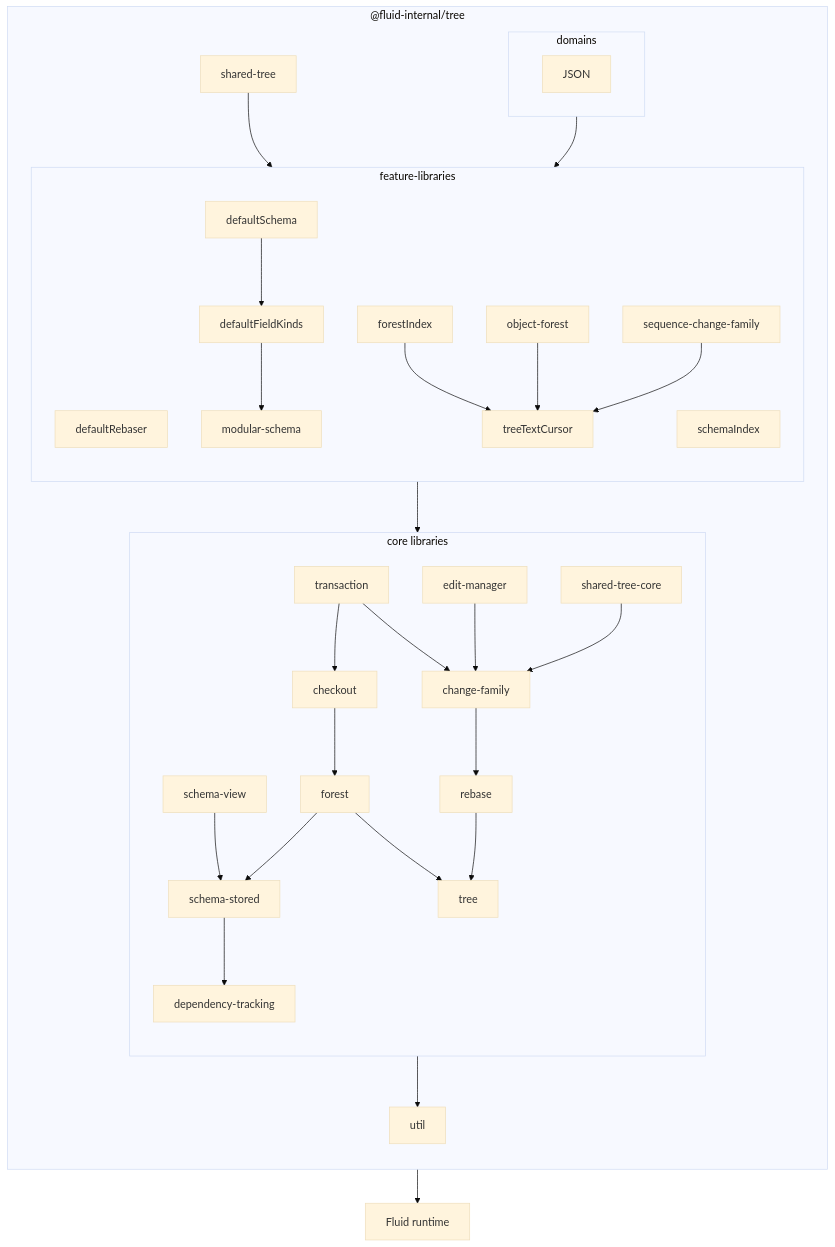
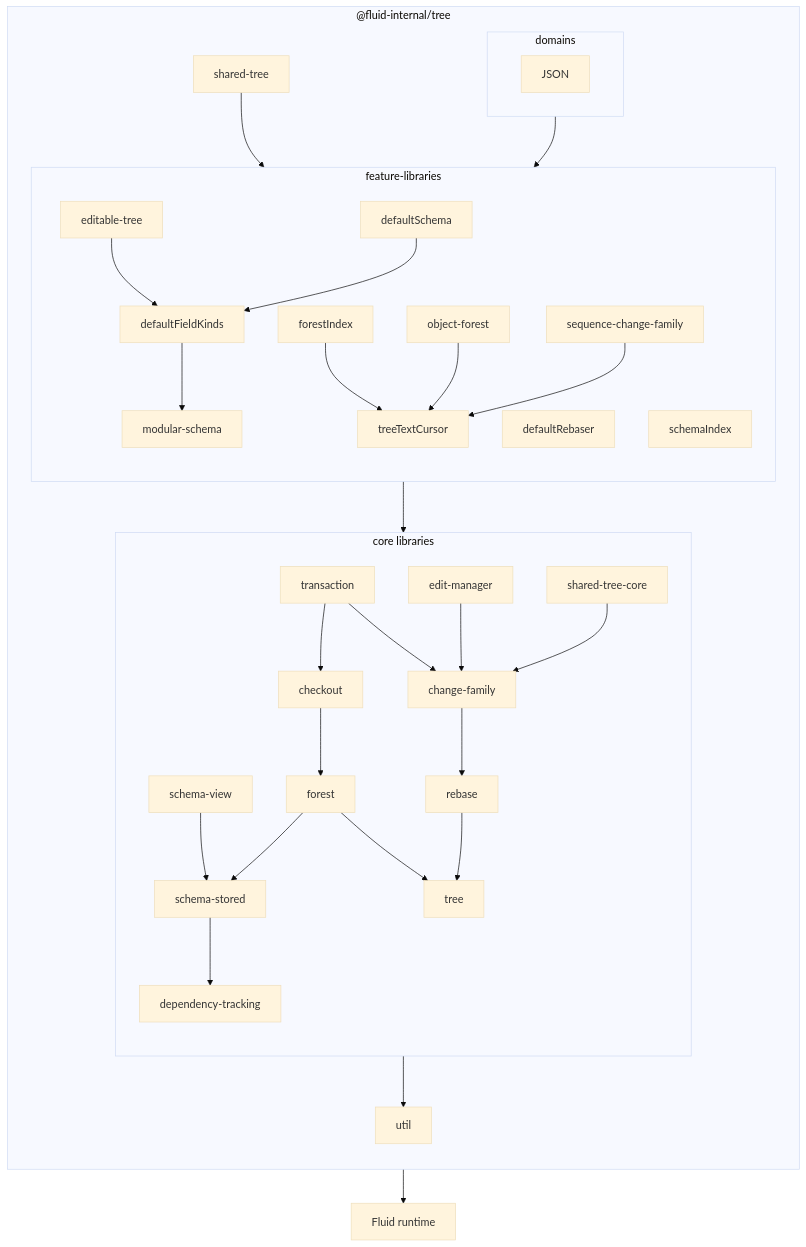
Before and after one commit to microsoft/FluidFramework: the sixth of 6 diagrams in packages/dds/tree/README.md, drawn with Mermaid (base theme). The commit also changed 47 other files, not shown here.

````diff
--- a/packages/dds/tree/README.md
+++ b/packages/dds/tree/README.md
@@ -283,40 +283,41 @@
 ```mermaid
 flowchart
     direction TB
     subgraph package ["@fluid-internal/tree"]
         direction TB
         subgraph core ["core libraries"]
             direction TB
             checkout-->forest
             shared-tree-core-->change-family
             forest-->schema-stored
             change-family-->rebase
             edit-manager-->change-family
             rebase-->tree
             schema-stored-->dependency-tracking
             schema-view-->schema-stored
             transaction-->change-family
             transaction-->checkout
             dependency-tracking
             forest-->tree
         end
         core-->util
         feature-->core
         shared-tree-->feature
         subgraph feature ["feature-libraries"]
             direction TB
+            editable-tree-->defaultFieldKinds
             defaultRebaser
             defaultSchema-->defaultFieldKinds-->modular-schema
             forestIndex-->treeTextCursor
             modular-schema
             object-forest-->treeTextCursor
             schemaIndex
             sequence-change-family-->treeTextCursor
         end
         subgraph domains
             JSON
         end
         domains-->feature
     end
     package-->runtime["Fluid runtime"]
 ```
````
